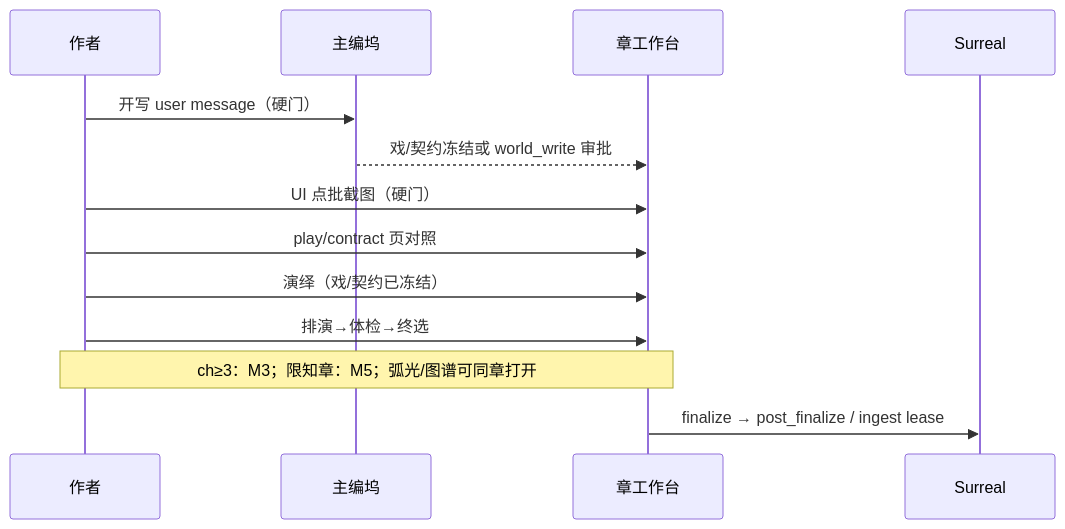
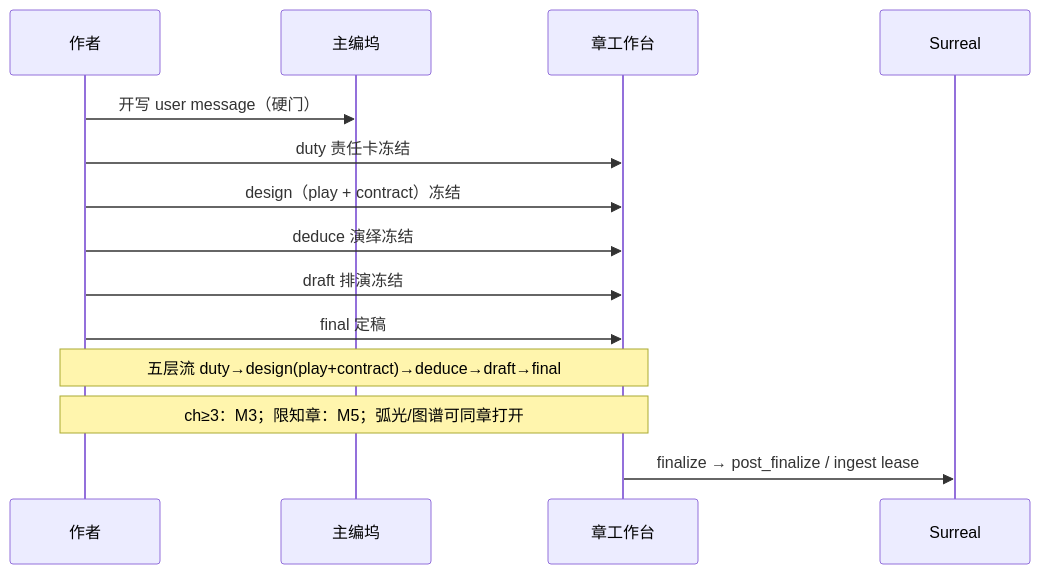
The second of 2 diagrams in docs/e2e-director-journey-v634-true-chat-full-capability.md (liuwenpinghaher-commits/scribe-writing-system), drawn with Mermaid before and after one commit. The commit also changed other lines of this file and 7 other files, not shown here.

````diff
--- a/docs/e2e-director-journey-v634-true-chat-full-capability.md
+++ b/docs/e2e-director-journey-v634-true-chat-full-capability.md
@@ -433,16 +451,17 @@
 ```mermaid
 sequenceDiagram
   participant A as 作者
   participant C as 主编坞
   participant W as 章工作台
   participant DB as Surreal
 
   A->>C: 开写 user message（硬门）
-  C-->>W: 戏/契约冻结或 world_write 审批
-  A->>W: UI 点批截图（硬门）
-  A->>W: play/contract 页对照
-  A->>W: 演绎（戏/契约已冻结）
-  A->>W: 排演→体检→终选
+  A->>W: duty 责任卡冻结
+  A->>W: design（play + contract）冻结
+  A->>W: deduce 演绎冻结
+  A->>W: draft 排演冻结
+  A->>W: final 定稿
+  Note over A,W: 五层流 duty→design(play+contract)→deduce→draft→final
   Note over A,W: ch≥3：M3；限知章：M5；弧光/图谱可同章打开
   W->>DB: finalize → post_finalize / ingest lease
 ```
````
